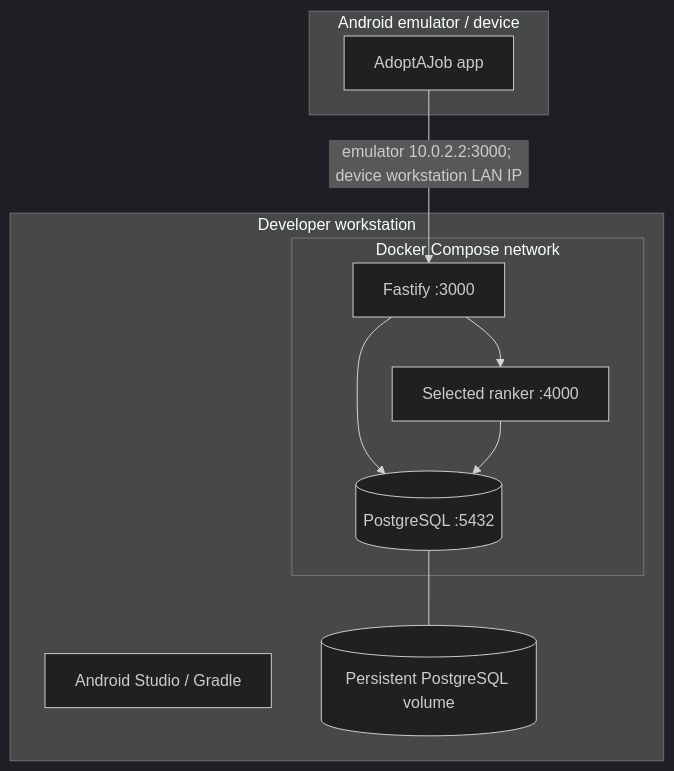
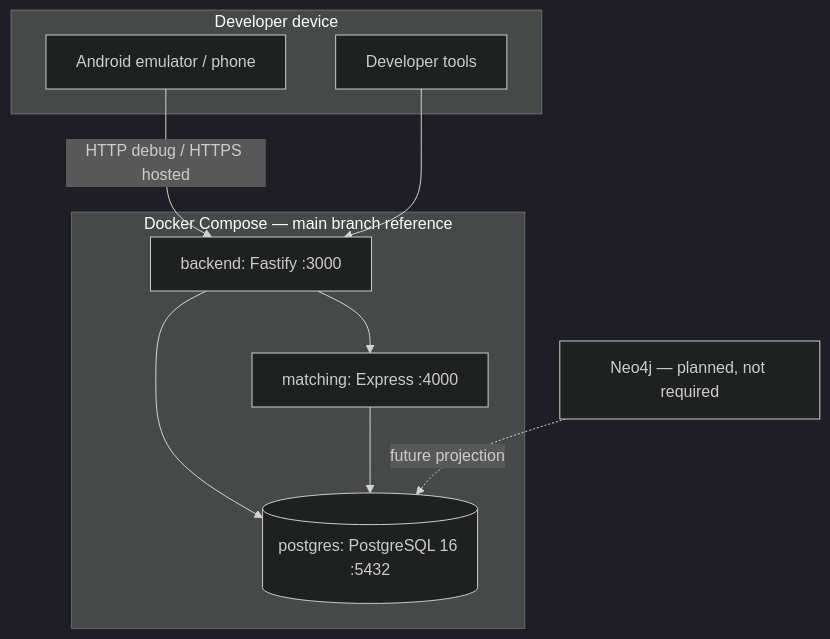
One commit to bhsei/26A changed the third of 5 diagrams in docs/design/New SAD v1.0.md. Above: the diagram before and after it, drawn with Mermaid (dark theme). The commit also changed other lines of this file, not shown here.

First line of the commit message:
W10 - SAD design v1.6; add AdoptAJob Software Architecture Document

````diff
--- a/docs/design/New SAD v1.0.md
+++ b/docs/design/New SAD v1.0.md
@@ -650,20 +428,20 @@
-``` mermaid
+```mermaid
 flowchart TB
-  subgraph PC["Developer workstation"]
-    AS["Android Studio / Gradle"]
-    subgraph COMPOSE["Docker Compose network"]
-      API["Fastify :3000"]
-      MATCH["Selected ranker :4000"]
-      DB[("PostgreSQL :5432")]
-      API --> MATCH
-      API --> DB
-      MATCH --> DB
-    end
-    VOL[("Persistent PostgreSQL volume")]
-    DB --- VOL
+  subgraph Device["Developer device"]
+    Android["Android emulator / phone"]
+    Browser["Developer tools"]
   end
-  subgraph DEVICE["Android emulator / device"]
-    APK["AdoptAJob app"]
+
+  subgraph Compose["Docker Compose — main branch reference"]
+    API["backend: Fastify :3000"]
+    PG[("postgres: PostgreSQL 16 :5432")]
+    Rank["matching: Express :4000"]
+    API --> PG
+    API --> Rank
+    Rank --> PG
   end
-  APK -->|"emulator 10.0.2.2:3000; device workstation LAN IP"| API
+
+  Android -->|"HTTP debug / HTTPS hosted"| API
+  Browser --> API
+  Graph["Neo4j — planned, not required"] -. "future projection" .-> PG
 ```
````
